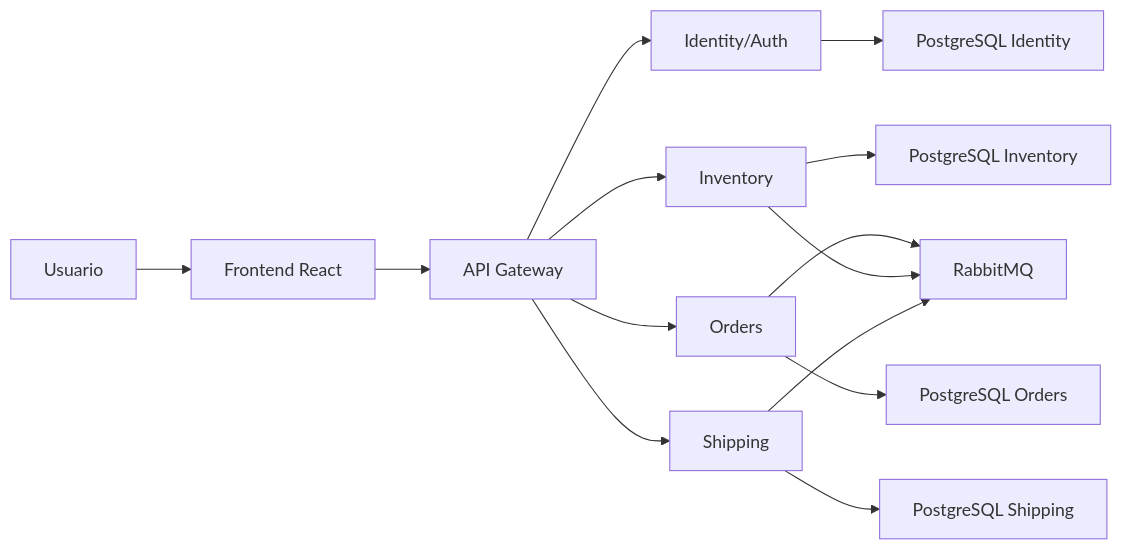
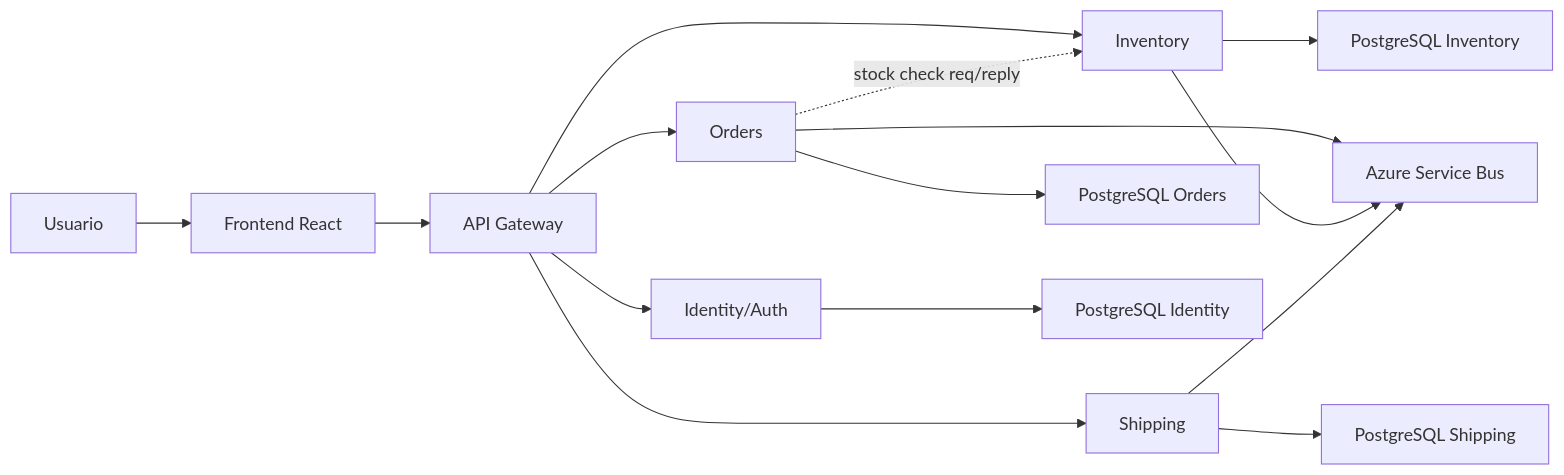
One commit to LTassoD/smartlogix-azure changed the diagram in docs/ARCHITECTURE.md. Above: the diagram before and after it, drawn with Mermaid. The commit also changed 9 other files, not shown here.

Commit message:
docs: elimina referencias a RabbitMQ; documenta Service Bus (colas, topico, suscripciones, stock check)

````diff
--- a/docs/ARCHITECTURE.md
+++ b/docs/ARCHITECTURE.md
@@ -5,16 +5,17 @@
 ```mermaid
 flowchart LR
   User["Usuario"] --> Frontend["Frontend React"]
   Frontend --> Gateway["API Gateway"]
   Gateway --> Identity["Identity/Auth"]
   Gateway --> Inventory["Inventory"]
   Gateway --> Orders["Orders"]
   Gateway --> Shipping["Shipping"]
   Inventory --> PgInventory["PostgreSQL Inventory"]
   Orders --> PgOrders["PostgreSQL Orders"]
   Shipping --> PgShipping["PostgreSQL Shipping"]
   Identity --> PgIdentity["PostgreSQL Identity"]
-  Orders --> Rabbit["RabbitMQ"]
-  Inventory --> Rabbit
-  Shipping --> Rabbit
+  Orders --> SB["Azure Service Bus"]
+  Inventory --> SB
+  Shipping --> SB
+  Orders -. stock check req/reply .-> Inventory
 ```
````
